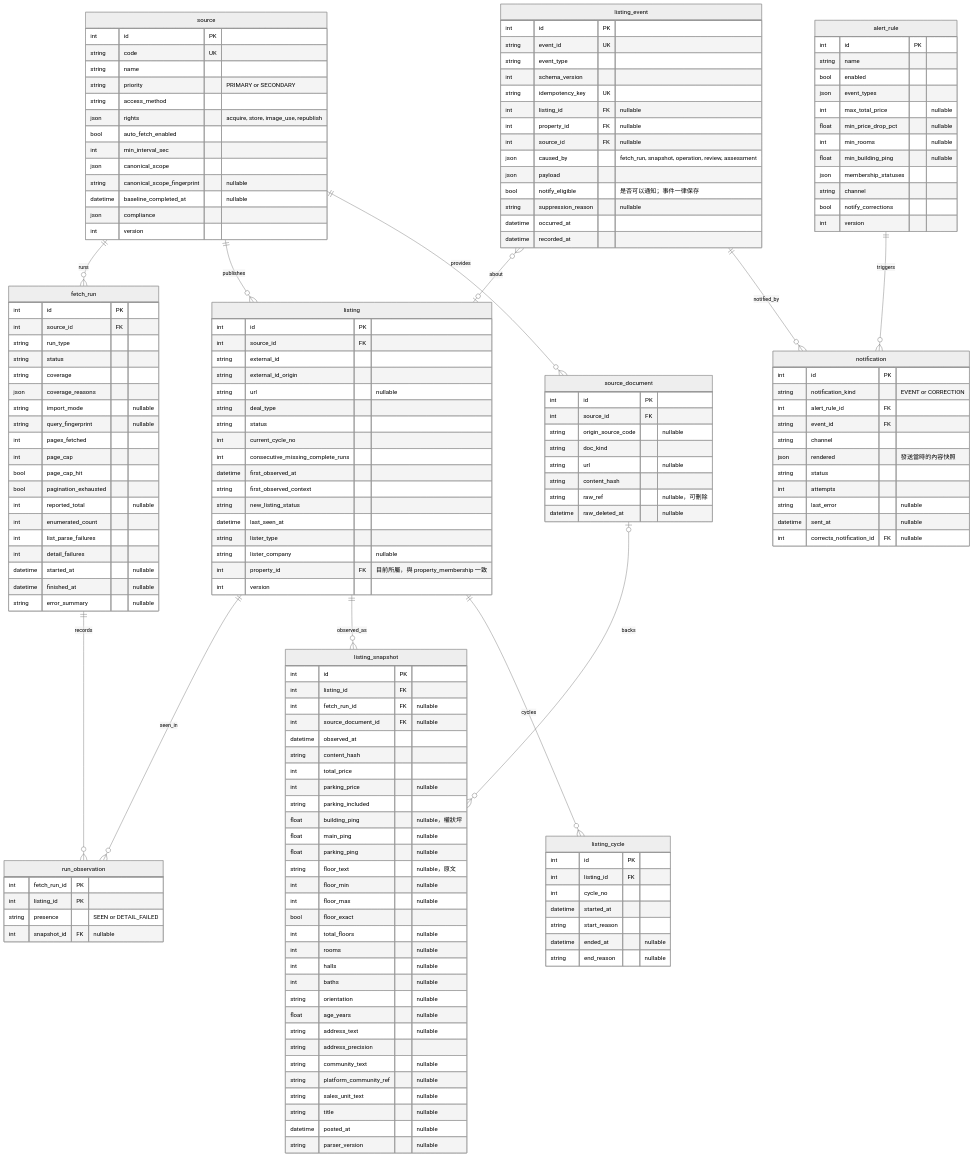
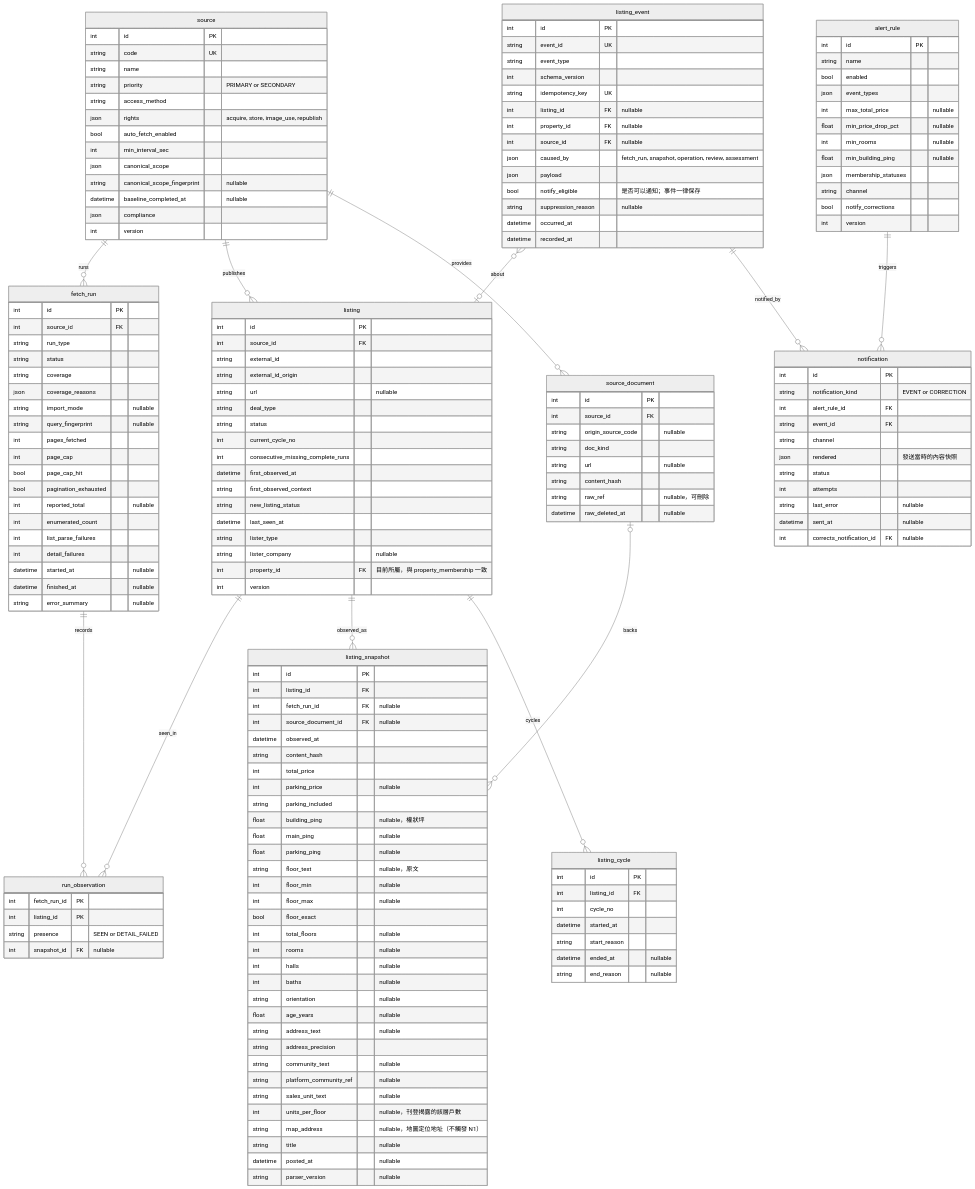
The second of 3 diagrams in docs/05-data-model.md (TYLERG2G/jev-qingpu-monitor0), drawn with Mermaid (neutral theme) before and after one commit. The commit also changed other lines of this file and 62 other files, not shown here.

```diff
--- a/docs/05-data-model.md
+++ b/docs/05-data-model.md
@@ -235,6 +237,8 @@
     string community_text "nullable"
     string platform_community_ref "nullable"
     string sales_unit_text "nullable"
+    int units_per_floor "nullable，刊登揭露的該層戶數"
+    string map_address "nullable，地圖定位地址（不觸發 N1）"
     string title "nullable"
     datetime posted_at "nullable"
     string parser_version "nullable"
```
